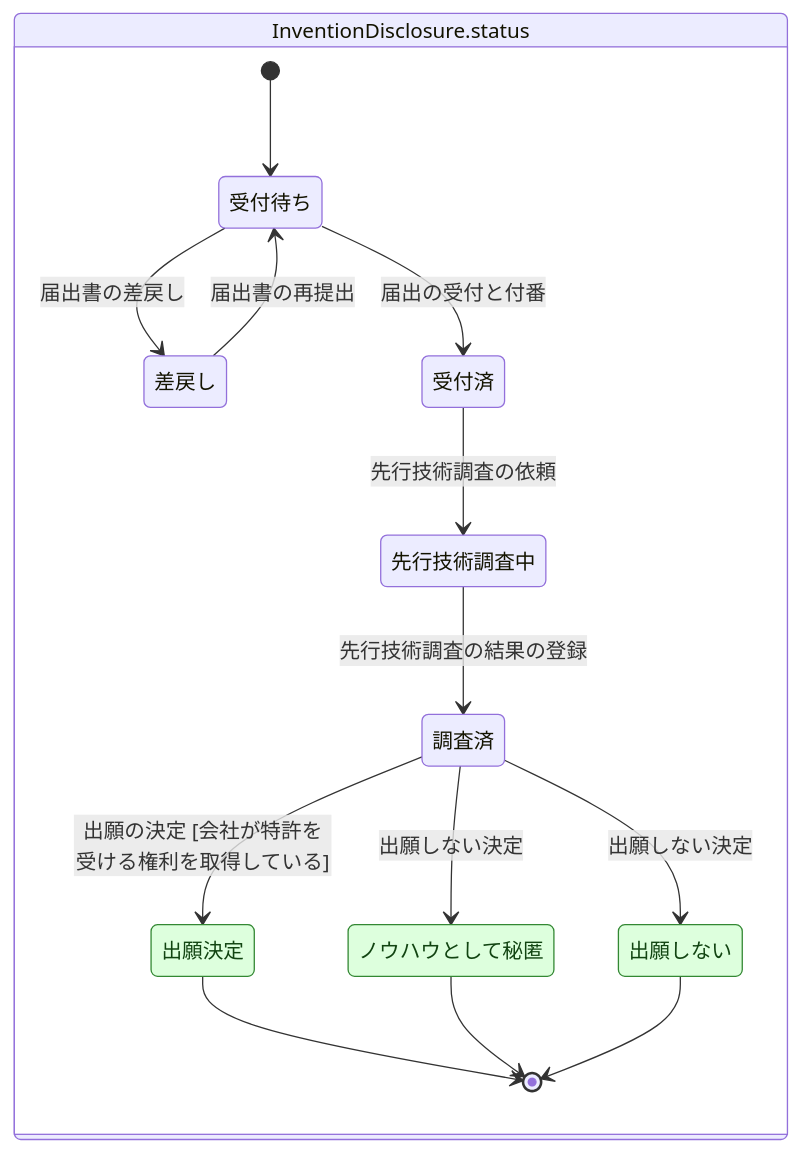
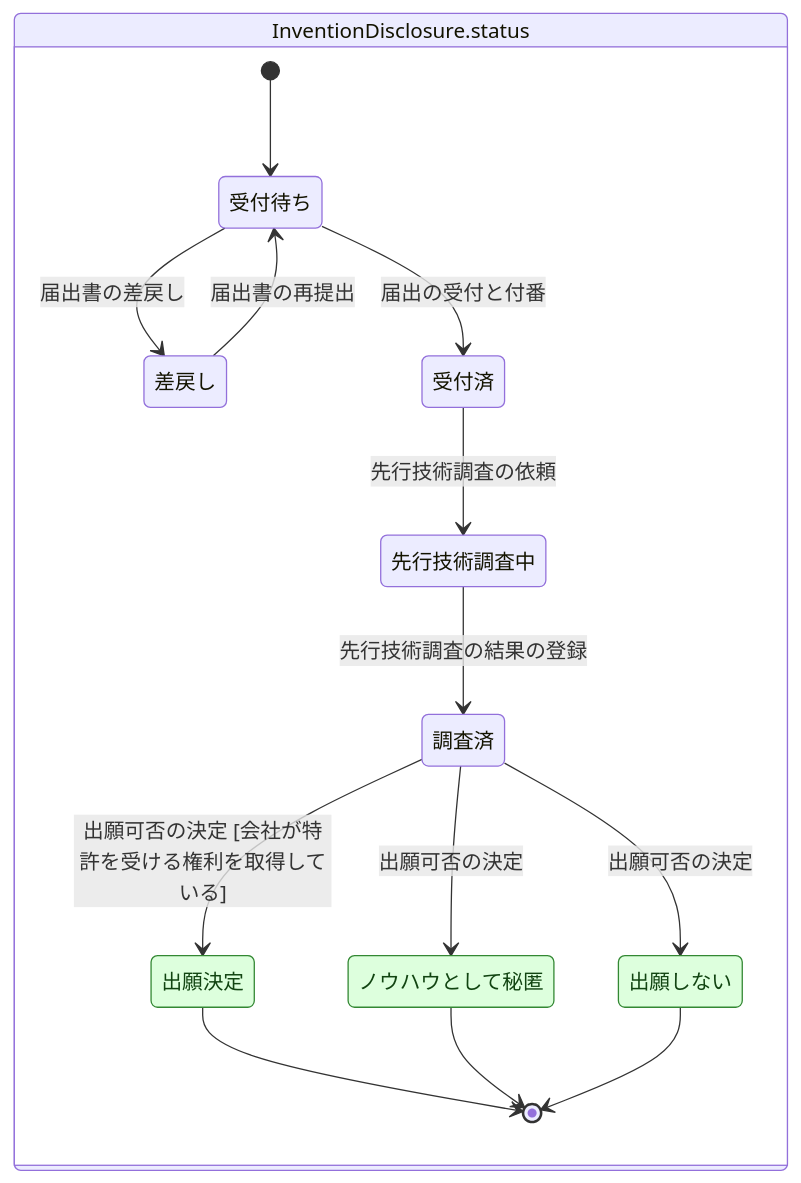
One commit to manji-0/rdra-ish-dsl changed the diagram in samples/patent-ops/out/state/InventionDisclosure.mmd. Above: the diagram before and after it, drawn with Mermaid. The commit also changed 58 other files, not shown here.

```diff
--- a/samples/patent-ops/out/state/InventionDisclosure.mmd
+++ b/samples/patent-ops/out/state/InventionDisclosure.mmd
@@ -1,39 +1,39 @@
 %% rdra-ish diagram=state scope=entity:InventionDisclosure model=samples/patent-ops
 %% kinds: statemodel state usecase
 %% omitted: OfficeAction.kind Patent.last_payment (Enum without transitions)
 %% legend: stateunreachable = no reachable state holds it, statedeadlock = an instance cannot leave it, stateend = no transition out
 stateDiagram-v2
   state "InventionDisclosure.status" as statemodel__InventionDisclosure_status {
     [*] --> state__InventionDisclosure_submitted
     state "受付待ち" as state__InventionDisclosure_submitted
     state "差戻し" as state__InventionDisclosure_returned
     state "受付済" as state__InventionDisclosure_accepted
     state "先行技術調査中" as state__InventionDisclosure_searching
     state "調査済" as state__InventionDisclosure_searched
     state "出願決定" as state__InventionDisclosure_decided_file
     state "ノウハウとして秘匿" as state__InventionDisclosure_decided_secret
     state "出願しない" as state__InventionDisclosure_decided_abandon
     %% transition usecase__ReturnDisclosure
     state__InventionDisclosure_submitted --> state__InventionDisclosure_returned : 届出書の差戻し
     %% transition usecase__AcceptDisclosure
     state__InventionDisclosure_submitted --> state__InventionDisclosure_accepted : 届出の受付と付番
     %% transition usecase__ResubmitDisclosure
     state__InventionDisclosure_returned --> state__InventionDisclosure_submitted : 届出書の再提出
     %% transition usecase__RequestPriorArtSearch
     state__InventionDisclosure_accepted --> state__InventionDisclosure_searching : 先行技術調査の依頼
     %% transition usecase__RecordPriorArtSearch
     state__InventionDisclosure_searching --> state__InventionDisclosure_searched : 先行技術調査の結果の登録
-    %% transition usecase__DecideToFile
-    state__InventionDisclosure_searched --> state__InventionDisclosure_decided_file : 出願の決定 [会社が特許を受ける権利を取得している]
-    %% transition usecase__DecideNotToFile
-    state__InventionDisclosure_searched --> state__InventionDisclosure_decided_secret : 出願しない決定
-    %% transition usecase__DecideNotToFile
-    state__InventionDisclosure_searched --> state__InventionDisclosure_decided_abandon : 出願しない決定
+    %% transition usecase__DecideFiling
+    state__InventionDisclosure_searched --> state__InventionDisclosure_decided_file : 出願可否の決定 [会社が特許を受ける権利を取得している]
+    %% transition usecase__DecideFiling
+    state__InventionDisclosure_searched --> state__InventionDisclosure_decided_secret : 出願可否の決定
+    %% transition usecase__DecideFiling
+    state__InventionDisclosure_searched --> state__InventionDisclosure_decided_abandon : 出願可否の決定
     state__InventionDisclosure_decided_file --> [*]
     state__InventionDisclosure_decided_secret --> [*]
     state__InventionDisclosure_decided_abandon --> [*]
   }
   classDef stateend fill:#dfd,stroke:#383,color:#141
   class state__InventionDisclosure_decided_file stateend
   class state__InventionDisclosure_decided_secret stateend
   class state__InventionDisclosure_decided_abandon stateend
```
